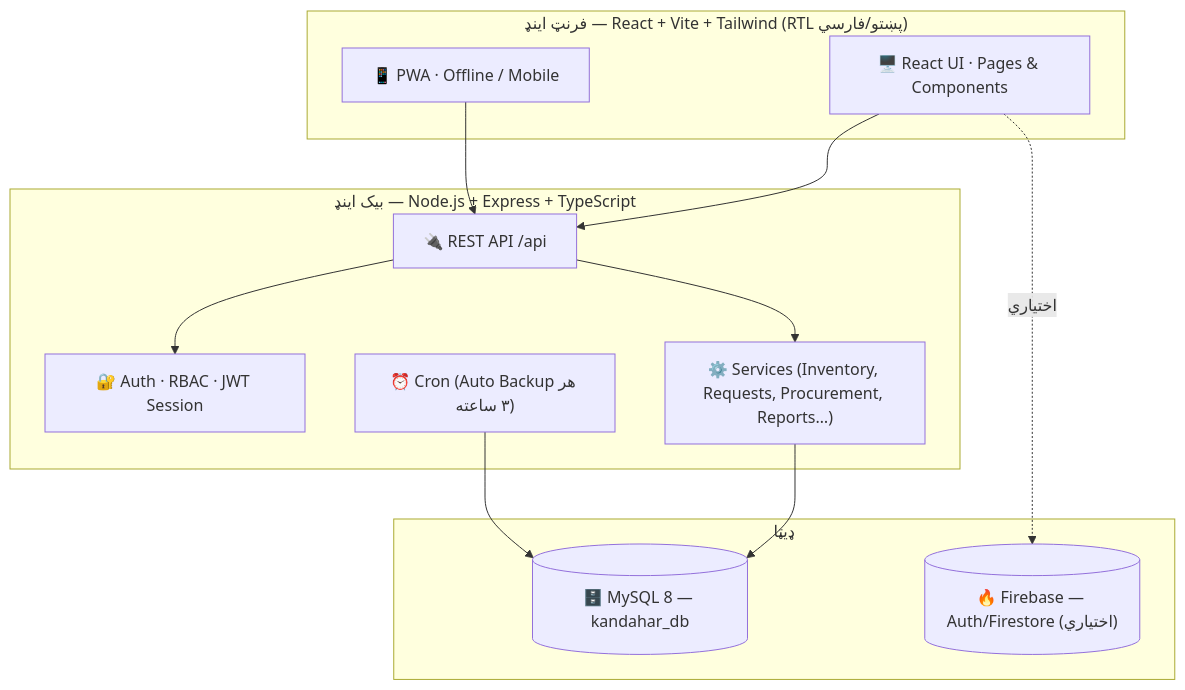
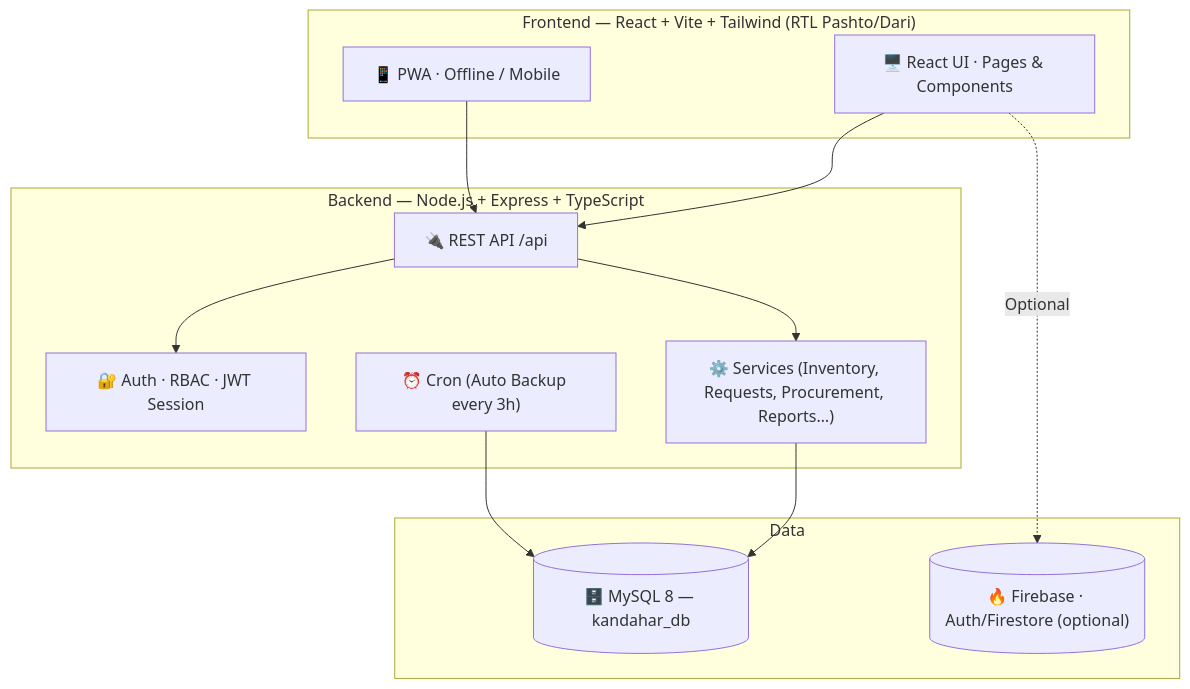
One commit to cengmansoor-ship-it/WMS-and-procurement-solution-for-Kandahar-University changed the diagram in README.md. Above: the diagram before and after it, drawn with Mermaid. The commit also changed other lines of this file and 196 other files, not shown here.

````diff
--- a/README.md
+++ b/README.md
@@ -103,27 +91,27 @@
 ```mermaid
 flowchart TB
-    subgraph Client["فرنټ اینډ — React + Vite + Tailwind (RTL پښتو/فارسي)"]
+    subgraph Client["Frontend — React + Vite + Tailwind (RTL Pashto/Dari)"]
         UI["🖥️ React UI · Pages & Components"]
         PWA["📱 PWA · Offline / Mobile"]
     end
 
-    subgraph Server["بیک اینډ — Node.js + Express + TypeScript"]
+    subgraph Server["Backend — Node.js + Express + TypeScript"]
         API["🔌 REST API  /api"]
         AUTH["🔐 Auth · RBAC · JWT Session"]
         SVC["⚙️ Services (Inventory, Requests, Procurement, Reports…)"]
-        CRON["⏰ Cron (Auto Backup هر ۳ ساعته)"]
+        CRON["⏰ Cron (Auto Backup every 3h)"]
     end
 
-    subgraph Data["ډیټا"]
+    subgraph Data["Data"]
         DB[("🗄️ MySQL 8 — kandahar_db")]
-        FB[("🔥 Firebase — Auth/Firestore (اختیاري)")]
+        FB[("🔥 Firebase · Auth/Firestore (optional)")]
     end
 
     UI --> API
     PWA --> API
     API --> AUTH
     API --> SVC
     SVC --> DB
     CRON --> DB
-    UI -. "اختیاري" .-> FB
+    UI -. "Optional" .-> FB
 ```
````
